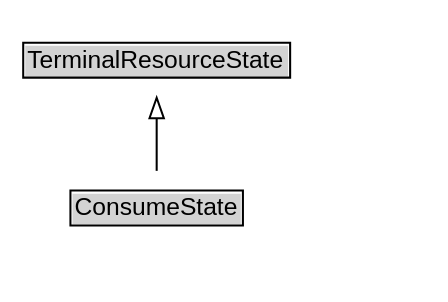
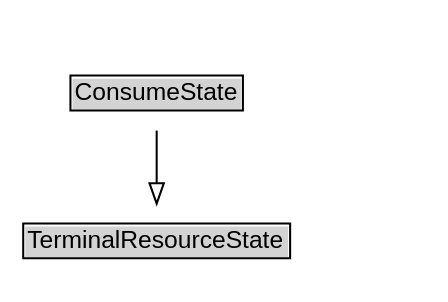
One commit to k-vaughn/ontology-cdm-p1-v1 changed the diagram in docs/diagrams/ConsumeState.dot. Above: the diagram before and after it, drawn with Graphviz. The commit also changed 283 other files, not shown here.

```diff
--- a/docs/diagrams/ConsumeState.dot
+++ b/docs/diagrams/ConsumeState.dot
@@ -1,16 +1,16 @@
 // Diagram for ConsumeState
 digraph {
 	graph [overlap=false rankdir=TB splines=true]
 	node [fontname=Arial fontsize=12 margin=0 shape=none]
 	edge [fontname=Arial fontsize=11]
+	ConsumeState [label=<<TABLE BORDER="1" CELLBORDER="0" CELLSPACING="0" CELLPADDING="1"><TR><TD BGCOLOR="lightgray" ALIGN="CENTER">ConsumeState</TD></TR></TABLE>> URL="../ConsumeState" margin=0]
 	{
 		rank=max
-		ConsumeState [label=<<TABLE BORDER="1" CELLBORDER="0" CELLSPACING="0" CELLPADDING="1"><TR><TD BGCOLOR="lightgray" ALIGN="CENTER" PORT="e">ConsumeState</TD></TR></TABLE>> URL="../ConsumeState.md" margin=0]
 	}
 	subgraph cluster_associated {
 		label="" style=invis
 		Invis [label=<<TABLE BORDER="0" CELLBORDER="0" CELLSPACING="0" CELLPADDING="1"><TR><TD></TD></TR></TABLE>> margin=0 style=invis]
 	}
-	TerminalResourceState [label=<<TABLE BORDER="1" CELLBORDER="0" CELLSPACING="0" CELLPADDING="1"><TR><TD BGCOLOR="lightgray" ALIGN="CENTER">TerminalResourceState</TD></TR></TABLE>> URL="../TerminalResourceState.md" margin=0]
+	TerminalResourceState [label=<<TABLE BORDER="1" CELLBORDER="0" CELLSPACING="0" CELLPADDING="1"><TR><TD BGCOLOR="lightgray" ALIGN="CENTER">TerminalResourceState</TD></TR></TABLE>> URL="../TerminalResourceState" margin=0]
 	ConsumeState -> TerminalResourceState [arrowhead=onormal style=solid]
 }
```
